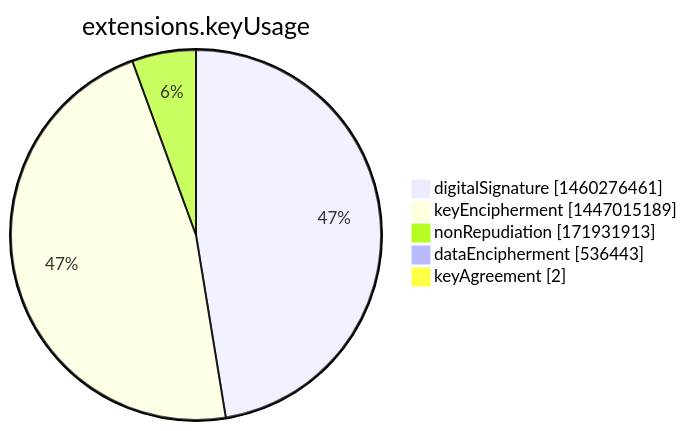
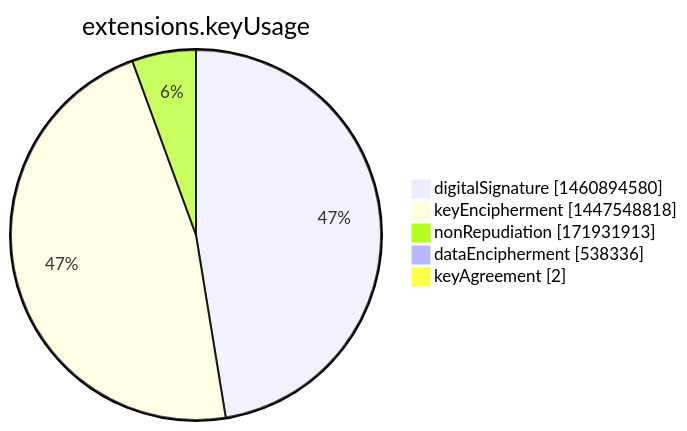
One commit to christiankrug/ctmonitor_visualization changed the seventh of 15 diagrams in argon2022/README.md. Above: the diagram before and after it, drawn with Mermaid. The commit also changed other lines of this file, not shown here.

````diff
--- a/argon2022/README.md
+++ b/argon2022/README.md
@@ -2751,9 +2751,9 @@
 ```mermaid
 pie showData
 title extensions.keyUsage
-"digitalSignature" :1460276461
-"keyEncipherment" :1447015189
+"digitalSignature" :1460894580
+"keyEncipherment" :1447548818
 "nonRepudiation" :171931913
-"dataEncipherment" :536443
+"dataEncipherment" :538336
 "keyAgreement" :2
 ```
````
